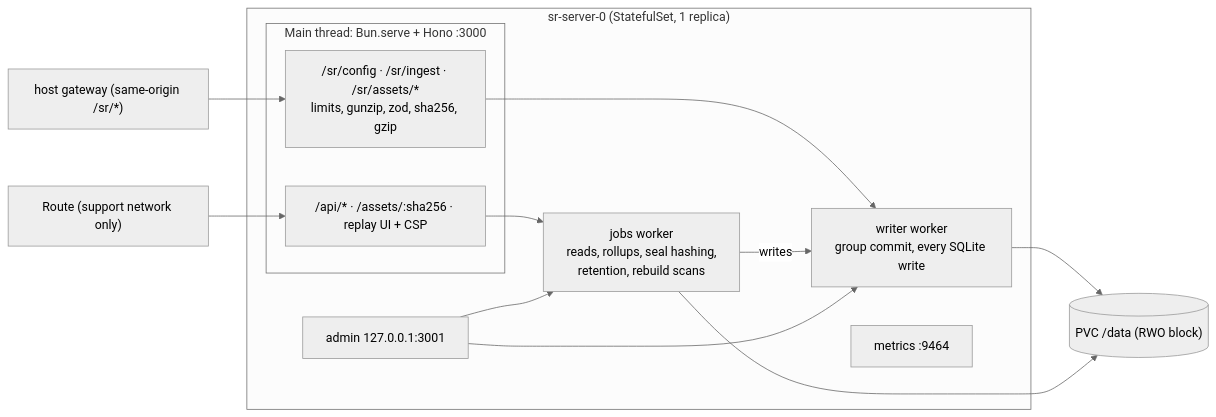
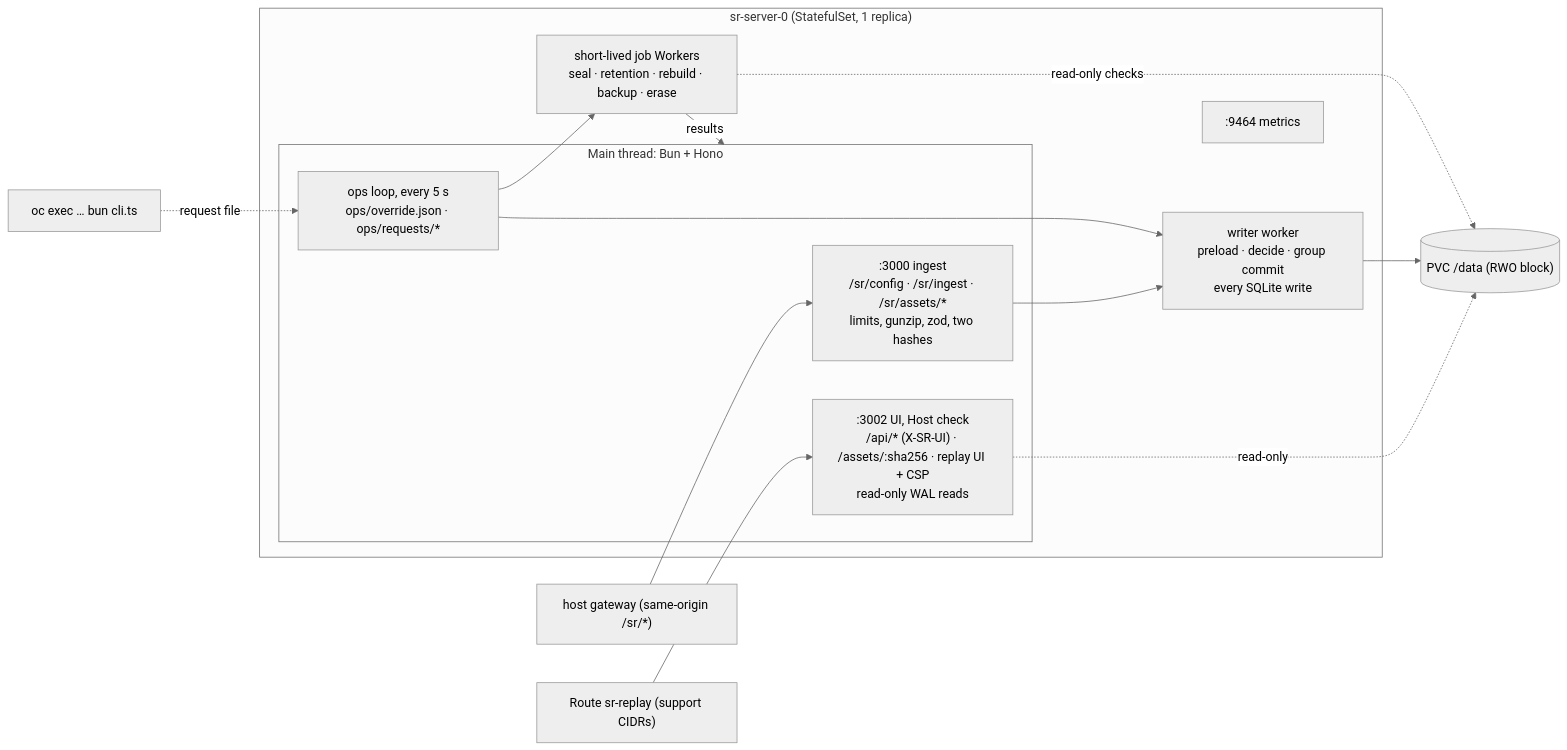
Before and after one commit to akhilshastri/session-replay: the first of 2 diagrams in plan/05-server.md, drawn with Mermaid (neutral theme). The commit also changed other lines of this file and 9 other files, not shown here.

Commit message:
0008: architect + devil review merged - gate-only rate caps, stored-gzip chunks, raw client time, write key, two ports, ConfigMap admin, dependency scheduling; sub-plans revised

````diff
--- a/plan/05-server.md
+++ b/plan/05-server.md
@@ -40,18 +45,22 @@
 ```mermaid
 flowchart LR
   subgraph Pod["sr-server-0 (StatefulSet, 1 replica)"]
-    subgraph Main["Main thread: Bun.serve + Hono :3000"]
-      ING["/sr/config · /sr/ingest · /sr/assets/*<br/>limits, gunzip, zod, sha256, gzip"]
-      API["/api/* · /assets/:sha256 · replay UI + CSP"]
+    subgraph Main["Main thread: Bun + Hono"]
+      ING[":3000 ingest<br/>/sr/config · /sr/ingest · /sr/assets/*<br/>limits, gunzip, zod, two hashes"]
+      UI[":3002 UI, Host check<br/>/api/* (X-SR-UI) · /assets/:sha256 · replay UI + CSP<br/>read-only WAL reads"]
+      OPS["ops loop, every 5 s<br/>ops/override.json · ops/requests/*"]
     end
-    WR["writer worker<br/>group commit, every SQLite write"]
-    JB["jobs worker<br/>reads, rollups, seal hashing,<br/>retention, rebuild scans"]
-    ADM["admin 127.0.0.1:3001"]
-    MET["metrics :9464"]
+    WR["writer worker<br/>preload · decide · group commit<br/>every SQLite write"]
+    JOB["short-lived job Workers<br/>seal · retention · rebuild · backup · erase"]
+    MET[":9464 metrics"]
   end
-  Host["host gateway (same-origin /sr/*)"] --> ING --> WR
-  Router["Route (support network only)"] --> API --> JB
-  JB -- writes --> WR
-  ADM --> WR & JB
-  WR & JB --> PVC[("PVC /data (RWO block)")]
+  GW["host gateway (same-origin /sr/*)"] --> ING --> WR
+  RT["Route sr-replay (support CIDRs)"] --> UI
+  CLI["oc exec … bun cli.ts"] -. request file .-> OPS
+  OPS --> WR
+  OPS --> JOB
+  JOB -- results --> Main
+  WR --> PVC[("PVC /data (RWO block)")]
+  UI -. read-only .-> PVC
+  JOB -. read-only checks .-> PVC
 ```
````
